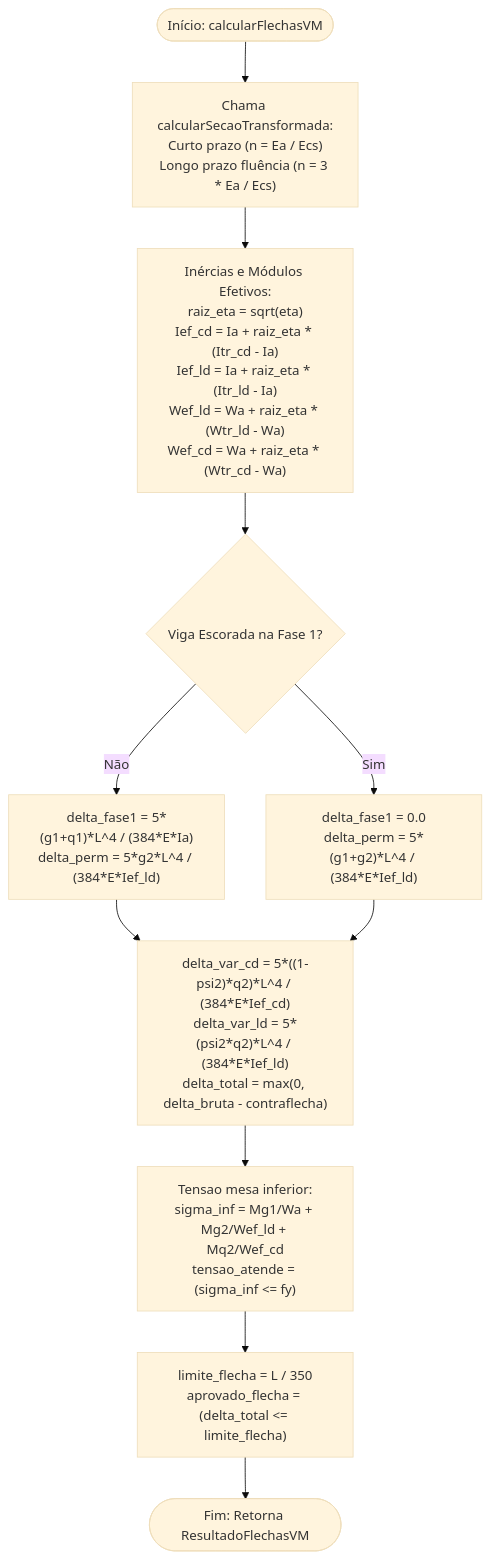
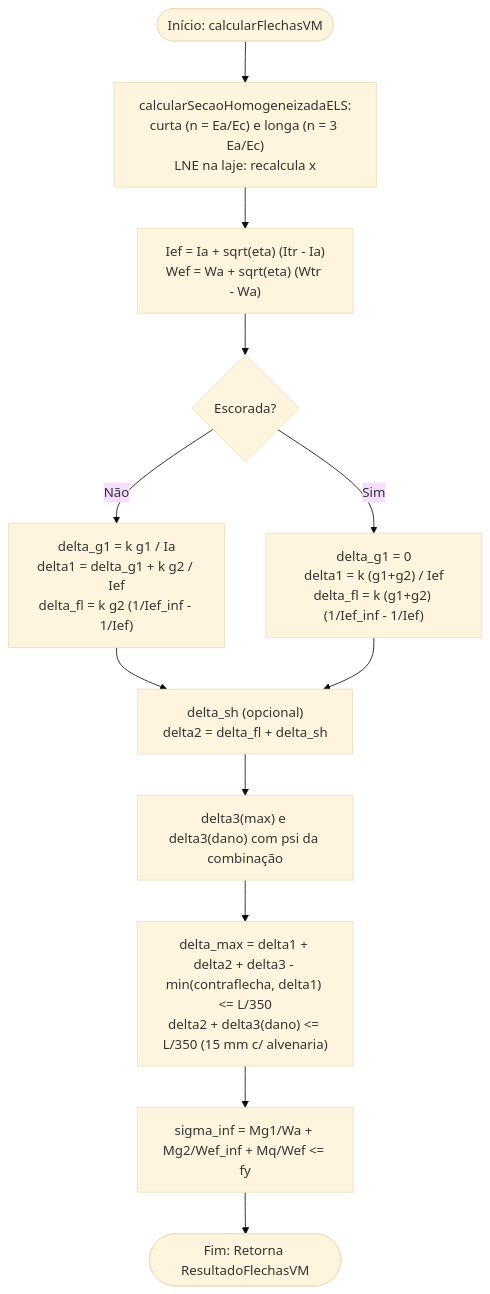
One commit to ufu-feciv-ic/VMP changed the seventh of 8 diagrams in docs/GUIA_DE_EXECUCAO_E_METODOS_VIGA_MISTA.md. Above: the diagram before and after it, drawn with Mermaid (base theme). The commit also changed other lines of this file and 31 other files, not shown here.

````diff
--- a/docs/GUIA_DE_EXECUCAO_E_METODOS_VIGA_MISTA.md
+++ b/docs/GUIA_DE_EXECUCAO_E_METODOS_VIGA_MISTA.md
@@ -416,15 +406,13 @@
 ```mermaid
 flowchart TD
-    Start(["Início: calcularFlechasVM"]) --> SecTr["Chama calcularSecaoTransformada:<br/>Curto prazo (n = Ea / Ecs)<br/>Longo prazo fluência (n = 3 * Ea / Ecs)"]
-    SecTr --> Ief["Inércias e Módulos Efetivos:<br/>raiz_eta = sqrt(eta)<br/>Ief_cd = Ia + raiz_eta * (Itr_cd - Ia)<br/>Ief_ld = Ia + raiz_eta * (Itr_ld - Ia)<br/>Wef_ld = Wa + raiz_eta * (Wtr_ld - Wa)<br/>Wef_cd = Wa + raiz_eta * (Wtr_cd - Wa)"]
-    
-    Ief --> Escoramento{"Viga Escorada na Fase 1?"}
-    Escoramento -- "Não" --> NaoEsc["delta_fase1 = 5*(g1+q1)*L^4 / (384*E*Ia)<br/>delta_perm = 5*g2*L^4 / (384*E*Ief_ld)"]
-    Escoramento -- "Sim" --> SimEsc["delta_fase1 = 0.0<br/>delta_perm = 5*(g1+g2)*L^4 / (384*E*Ief_ld)"]
-    
-    NaoEsc & SimEsc --> Sobrecargas["delta_var_cd = 5*((1-psi2)*q2)*L^4 / (384*E*Ief_cd)<br/>delta_var_ld = 5*(psi2*q2)*L^4 / (384*E*Ief_ld)<br/>delta_total = max(0, delta_bruta - contraflecha)"]
-    
-    Sobrecargas --> TensaoServico["Tensao mesa inferior:<br/>sigma_inf = Mg1/Wa + Mg2/Wef_ld + Mq2/Wef_cd<br/>tensao_atende = (sigma_inf <= fy)"]
-    TensaoServico --> LimiteFlecha["limite_flecha = L / 350<br/>aprovado_flecha = (delta_total <= limite_flecha)"]
-    LimiteFlecha --> End(["Fim: Retorna ResultadoFlechasVM"])
+    Start(["Início: calcularFlechasVM"]) --> Sec["calcularSecaoHomogeneizadaELS:<br/>curta (n = Ea/Ec) e longa (n = 3 Ea/Ec)<br/>LNE na laje: recalcula x"]
+    Sec --> Ief["Ief = Ia + sqrt(eta) (Itr - Ia)<br/>Wef = Wa + sqrt(eta) (Wtr - Wa)"]
+    Ief --> Esc{"Escorada?"}
+    Esc -- "Não" --> NaoEsc["delta_g1 = k g1 / Ia<br/>delta1 = delta_g1 + k g2 / Ief<br/>delta_fl = k g2 (1/Ief_inf - 1/Ief)"]
+    Esc -- "Sim" --> SimEsc["delta_g1 = 0<br/>delta1 = k (g1+g2) / Ief<br/>delta_fl = k (g1+g2) (1/Ief_inf - 1/Ief)"]
+    NaoEsc & SimEsc --> Ret["delta_sh (opcional)<br/>delta2 = delta_fl + delta_sh"]
+    Ret --> Var["delta3(max) e delta3(dano) com psi da combinação"]
+    Var --> Lim["delta_max = delta1 + delta2 + delta3 - min(contraflecha, delta1) <= L/350<br/>delta2 + delta3(dano) <= L/350 (15 mm c/ alvenaria)"]
+    Lim --> Tensao["sigma_inf = Mg1/Wa + Mg2/Wef_inf + Mq/Wef <= fy"]
+    Tensao --> End(["Fim: Retorna ResultadoFlechasVM"])
 ```
````
